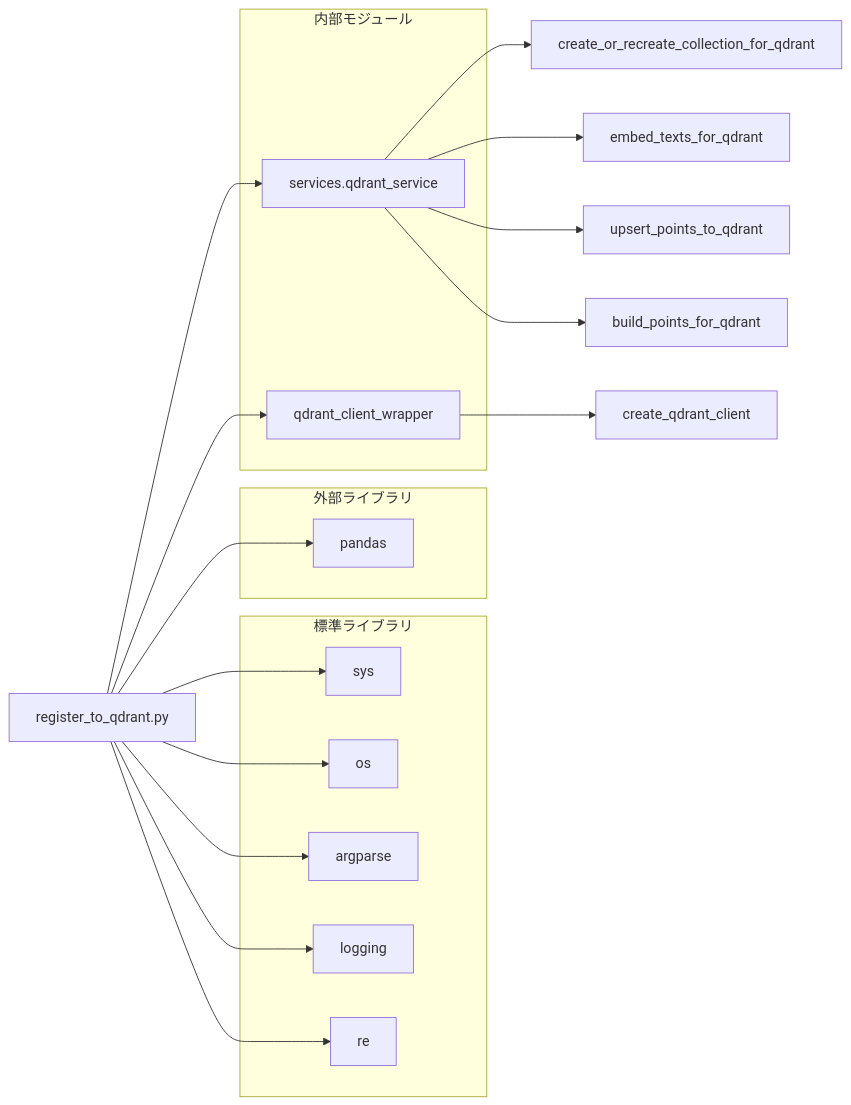
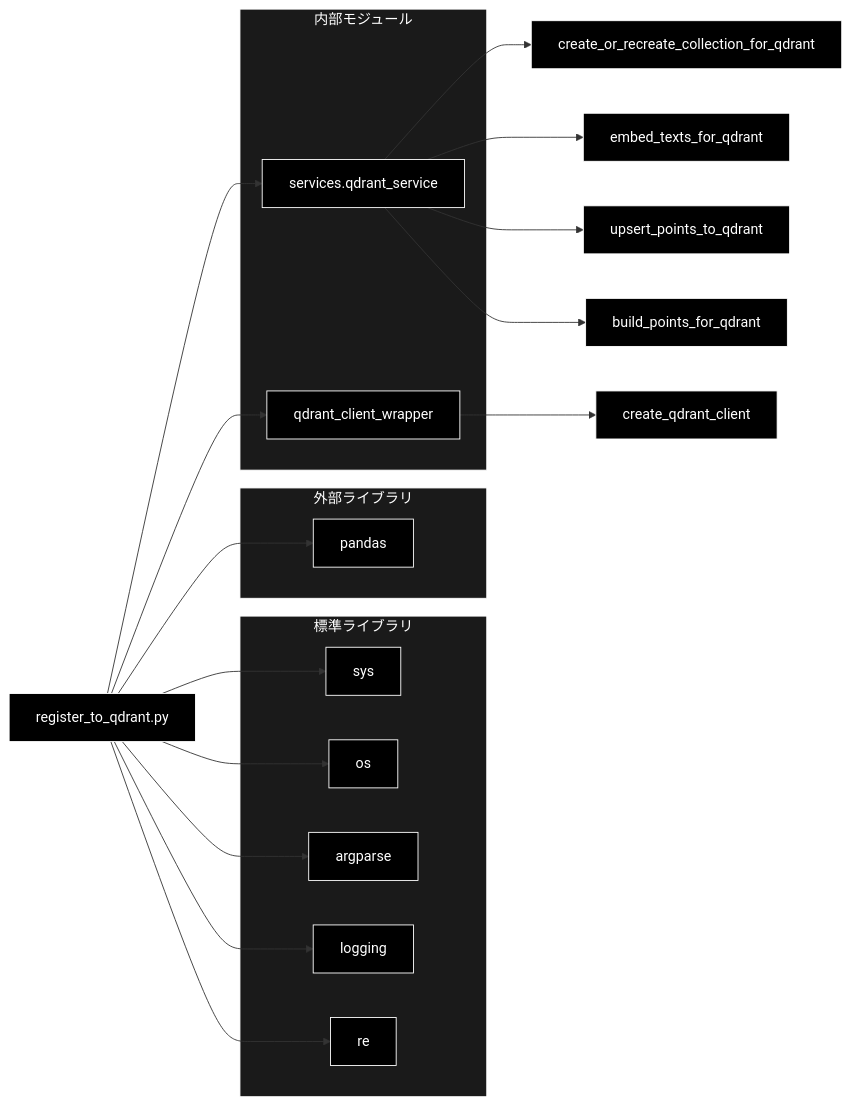
One commit to nakashima2toshio/ollama_grace_agent_v2 changed the third of 4 diagrams in qa_qdrant/doc/register_to_qdrant.md. Above: the diagram before and after it, drawn with Mermaid. The commit also changed other lines of this file and 12 other files, not shown here.

````diff
--- a/qa_qdrant/doc/register_to_qdrant.md
+++ b/qa_qdrant/doc/register_to_qdrant.md
@@ -482,37 +496,43 @@
 ```mermaid
 flowchart LR
     REGISTER[register_to_qdrant.py]
 
     subgraph STDLIB["標準ライブラリ"]
         SYS[sys]
         OS[os]
         ARGPARSE[argparse]
         LOGGING[logging]
         RE[re]
     end
 
     subgraph EXTERNAL["外部ライブラリ"]
         PANDAS[pandas]
     end
 
     subgraph INTERNAL["内部モジュール"]
         QDRANT_SVC[services.qdrant_service]
         WRAPPER[qdrant_client_wrapper]
     end
 
     REGISTER --> SYS
     REGISTER --> OS
     REGISTER --> ARGPARSE
     REGISTER --> LOGGING
     REGISTER --> RE
     REGISTER --> PANDAS
     REGISTER --> QDRANT_SVC
     REGISTER --> WRAPPER
 
     QDRANT_SVC --> CREATE_COLL[create_or_recreate_collection_for_qdrant]
     QDRANT_SVC --> EMBED[embed_texts_for_qdrant]
     QDRANT_SVC --> UPSERT[upsert_points_to_qdrant]
     QDRANT_SVC --> BUILD[build_points_for_qdrant]
 
     WRAPPER --> CLIENT[create_qdrant_client]
+classDef default fill:#000,stroke:#fff,color:#fff
+classDef subgraphStyle fill:#1a1a1a,stroke:#fff,color:#fff
+class REGISTER,SYS,OS,ARGPARSE,LOGGING,RE,PANDAS,QDRANT_SVC,WRAPPER,CREATE_COLL,EMBED,UPSERT,BUILD,CLIENT default
+style STDLIB fill:#1a1a1a,stroke:#fff,color:#fff
+style EXTERNAL fill:#1a1a1a,stroke:#fff,color:#fff
+style INTERNAL fill:#1a1a1a,stroke:#fff,color:#fff
 ```
````
